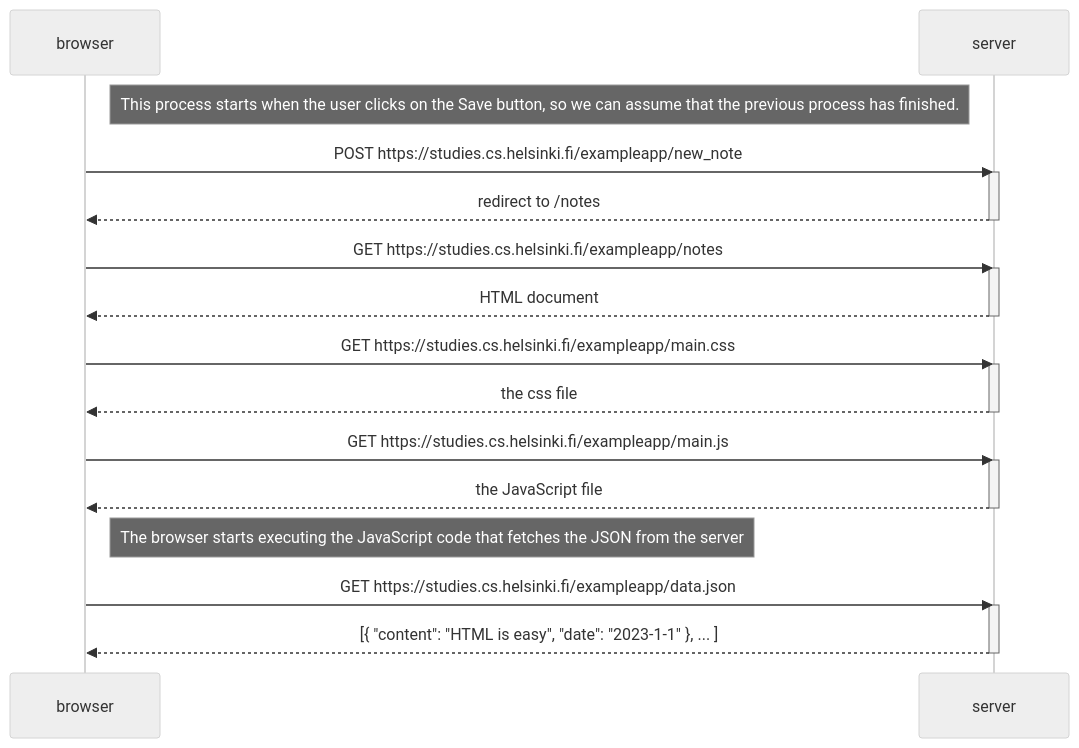
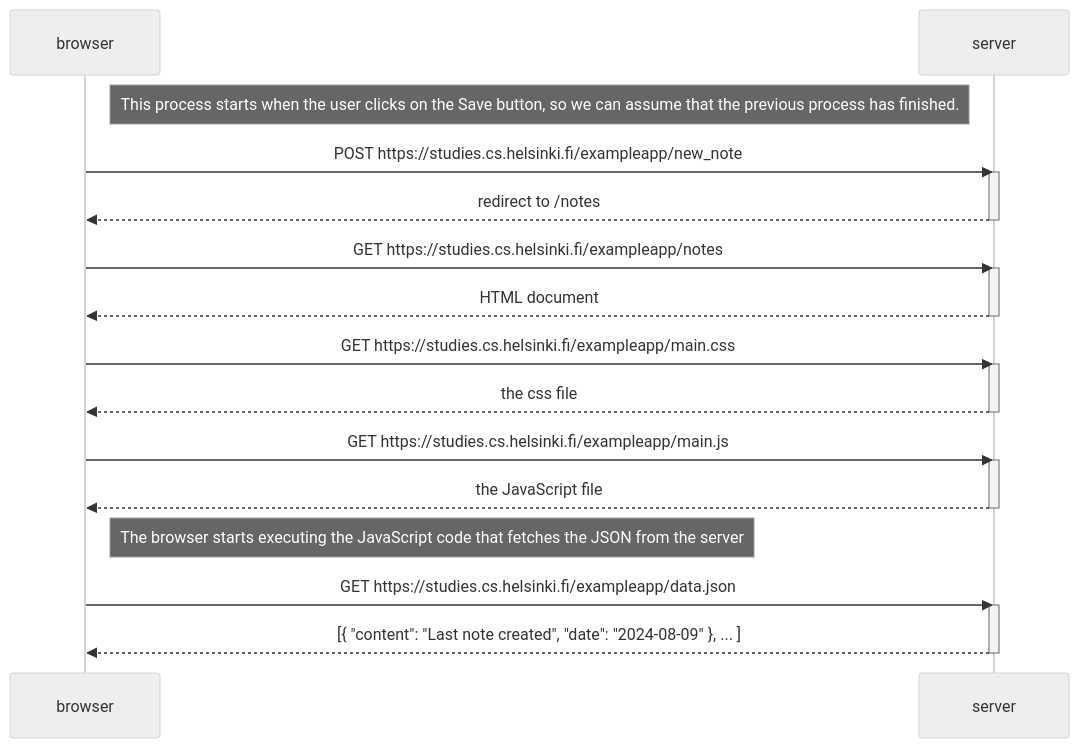
One commit to joanrates/FullstackOpenExercices changed the diagram in exercice0_4.md. Above: the diagram before and after it, drawn with Mermaid (neutral theme).

````diff
--- a/exercice0_4.md
+++ b/exercice0_4.md
@@ -3,34 +3,34 @@
 ```mermaid
 sequenceDiagram
     participant browser
     participant server
 
     Note right of browser: This process starts when the user clicks on the Save button, so we can assume that the previous process has finished.
 
     browser->>server: POST  https://studies.cs.helsinki.fi/exampleapp/new_note
     activate server
     server-->>browser: redirect to /notes
     deactivate server
 
     browser->>server: GET https://studies.cs.helsinki.fi/exampleapp/notes
     activate server
     server-->>browser: HTML document
     deactivate server
 
     browser->>server: GET https://studies.cs.helsinki.fi/exampleapp/main.css
     activate server
     server-->>browser: the css file
     deactivate server
 
     browser->>server: GET https://studies.cs.helsinki.fi/exampleapp/main.js
     activate server
     server-->>browser: the JavaScript file
     deactivate server
 
     Note right of browser: The browser starts executing the JavaScript code that fetches the JSON from the server
 
     browser->>server: GET https://studies.cs.helsinki.fi/exampleapp/data.json
     activate server
-    server-->>browser: [{ "content": "HTML is easy", "date": "2023-1-1" }, ... ]
+    server-->>browser: [{ "content": "Last note created", "date": "2024-08-09" }, ... ]
     deactivate server
 ```
````
